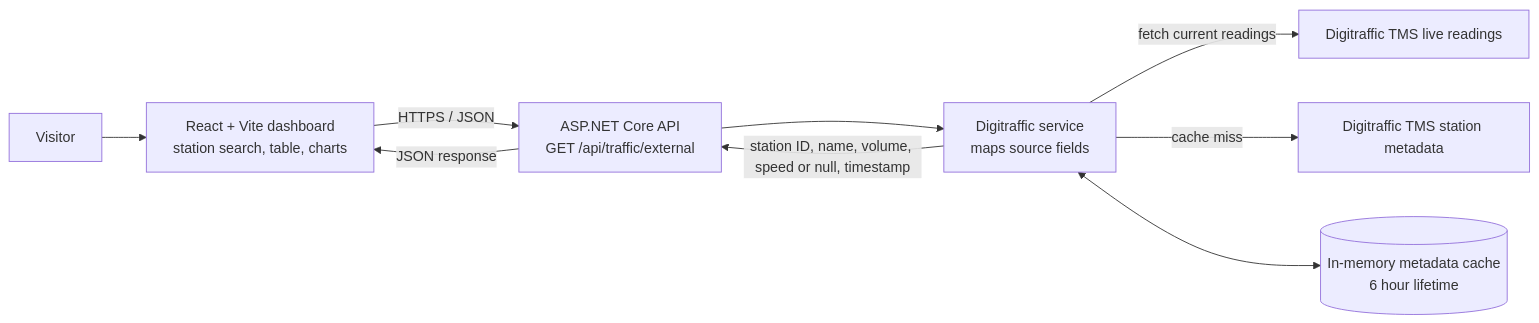
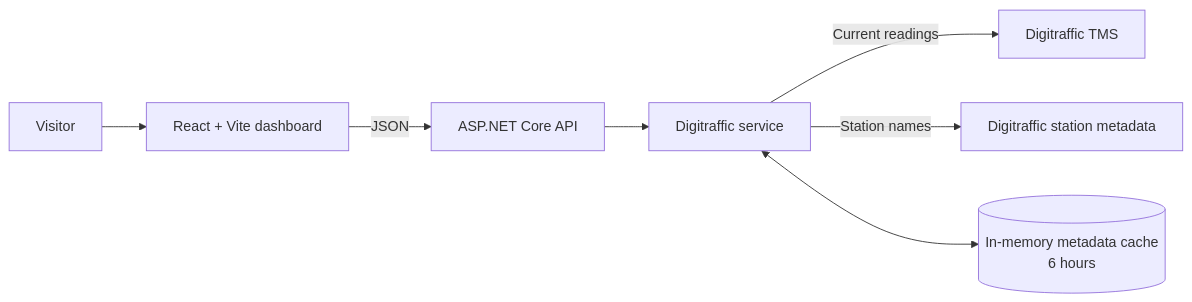
One commit to ud4uddav/traffic-insight changed the diagram in README.md. Above: the diagram before and after it, drawn with Mermaid. The commit also changed other lines of this file and 3 other files, not shown here.

````diff
--- a/README.md
+++ b/README.md
@@ -7,19 +16,9 @@
 ```mermaid
 flowchart LR
-    Visitor[Visitor]
-    Browser[React + Vite dashboard<br/>station search, table, charts]
-    Api[ASP.NET Core API<br/>GET /api/traffic/external]
-    Service[Digitraffic service<br/>maps source fields]
-    Live[Digitraffic TMS live readings]
-    Metadata[Digitraffic TMS station metadata]
-    Cache[(In-memory metadata cache<br/>6 hour lifetime)]
-
-    Visitor --> Browser
-    Browser -->|HTTPS / JSON| Api
-    Api --> Service
-    Service -->|fetch current readings| Live
-    Service -->|cache miss| Metadata
-    Service <--> Cache
-    Service -->|station ID, name, volume, speed or null, timestamp| Api
-    Api -->|JSON response| Browser
+    Visitor[Visitor] --> Browser[React + Vite dashboard]
+    Browser -->|JSON| Api[ASP.NET Core API]
+    Api --> Service[Digitraffic service]
+    Service -->|Current readings| TMS[Digitraffic TMS]
+    Service -->|Station names| Metadata[Digitraffic station metadata]
+    Service <--> Cache[(In-memory metadata cache<br/>6 hours)]
 ```
````
